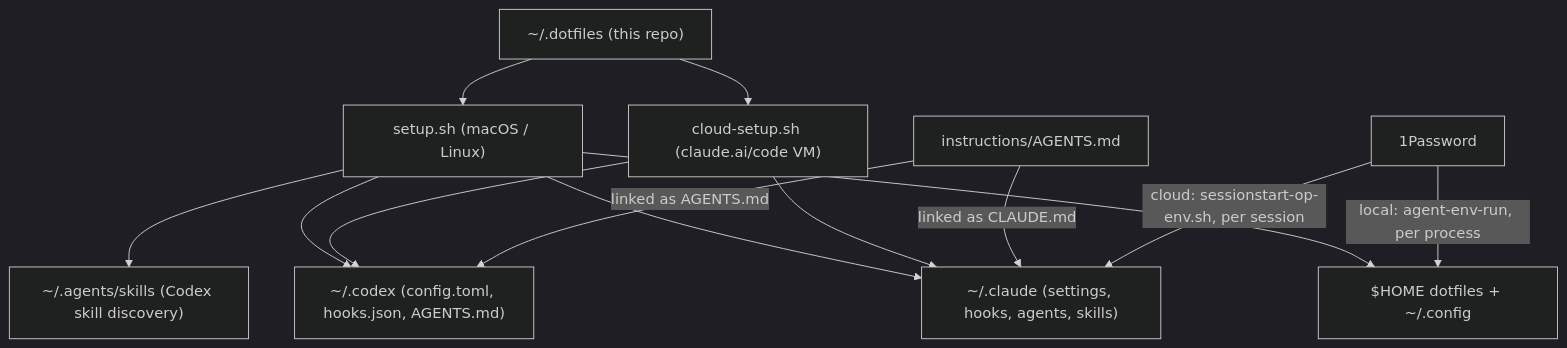
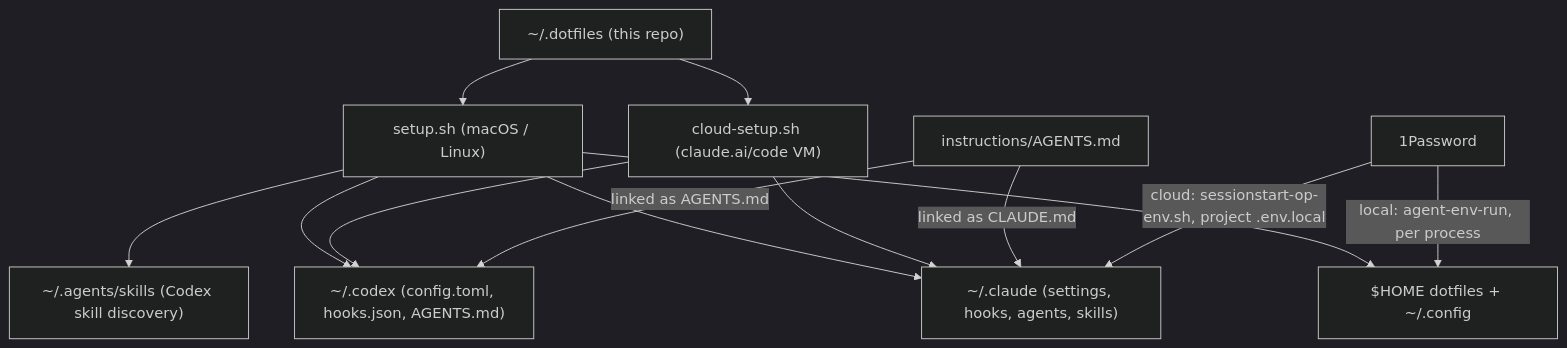
One commit to jfa94/.dotfiles changed the diagram in docs/architecture/overview.md. Above: the diagram before and after it, drawn with Mermaid (dark theme). The commit also changed 7 other files, not shown here.

First line of the commit message:
Cloud 1Password: write project .env.local instead of exporting to every command

````diff
--- a/docs/architecture/overview.md
+++ b/docs/architecture/overview.md
@@ -6,25 +6,25 @@
 ```mermaid
 graph TD
   repo["~/.dotfiles (this repo)"]
   setup["setup.sh (macOS / Linux)"]
   cloud["cloud-setup.sh (claude.ai/code VM)"]
   instr["instructions/AGENTS.md"]
   claude["~/.claude (settings, hooks, agents, skills)"]
   codex["~/.codex (config.toml, hooks.json, AGENTS.md)"]
   agents["~/.agents/skills (Codex skill discovery)"]
   home["$HOME dotfiles + ~/.config"]
   op["1Password"]
 
   repo --> setup
   repo --> cloud
   setup --> claude
   setup --> codex
   setup --> agents
   setup --> home
   cloud --> claude
   cloud --> codex
   instr -->|linked as CLAUDE.md| claude
   instr -->|linked as AGENTS.md| codex
   op -->|"local: agent-env-run, per process"| home
-  op -->|"cloud: sessionstart-op-env.sh, per session"| claude
+  op -->|"cloud: sessionstart-op-env.sh, project .env.local"| claude
 ```
````
